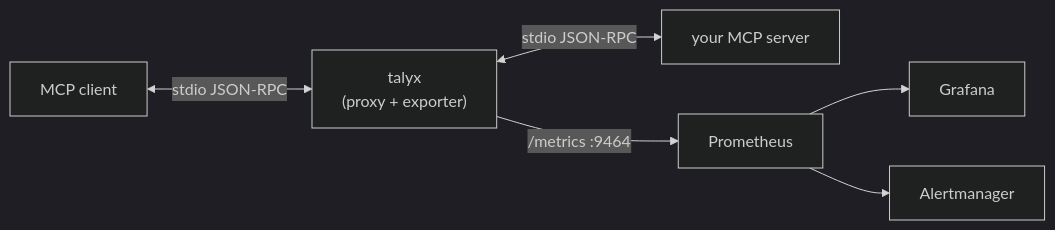
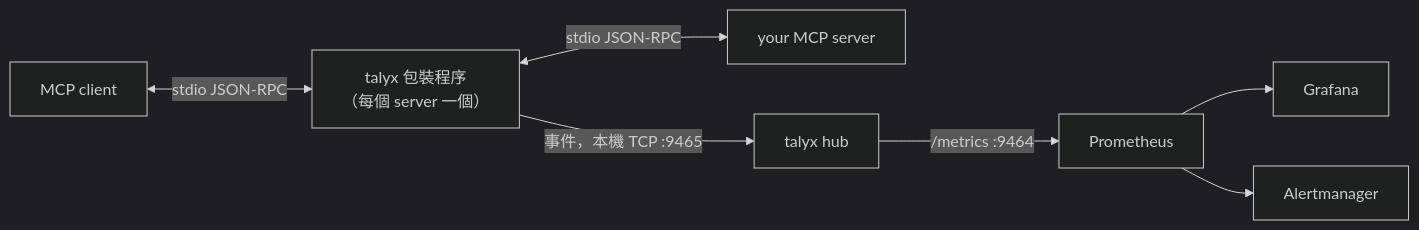
One commit to alan66603/talyx-mcp changed the diagram in README.zh-TW.md. Above: the diagram before and after it, drawn with Mermaid (dark theme). The commit also changed other lines of this file and 3 other files, not shown here.

Commit message:
docs: hub in the overview diagram, argument-contents wording, unwrappable servers

````diff
--- a/README.zh-TW.md
+++ b/README.zh-TW.md
@@ -19,7 +19,8 @@
 ```mermaid
 flowchart LR
-    client["MCP client"] <-->|stdio JSON-RPC| talyx["talyx<br/>(proxy + exporter)"]
+    client["MCP client"] <-->|stdio JSON-RPC| talyx["talyx 包裝程序<br/>（每個 server 一個）"]
     talyx <-->|stdio JSON-RPC| server["your MCP server"]
-    talyx -->|/metrics :9464| prom["Prometheus"] --> grafana["Grafana"]
+    talyx -->|事件，本機 TCP :9465| hub["talyx hub"]
+    hub -->|/metrics :9464| prom["Prometheus"] --> grafana["Grafana"]
     prom --> am["Alertmanager"]
 ```
````
